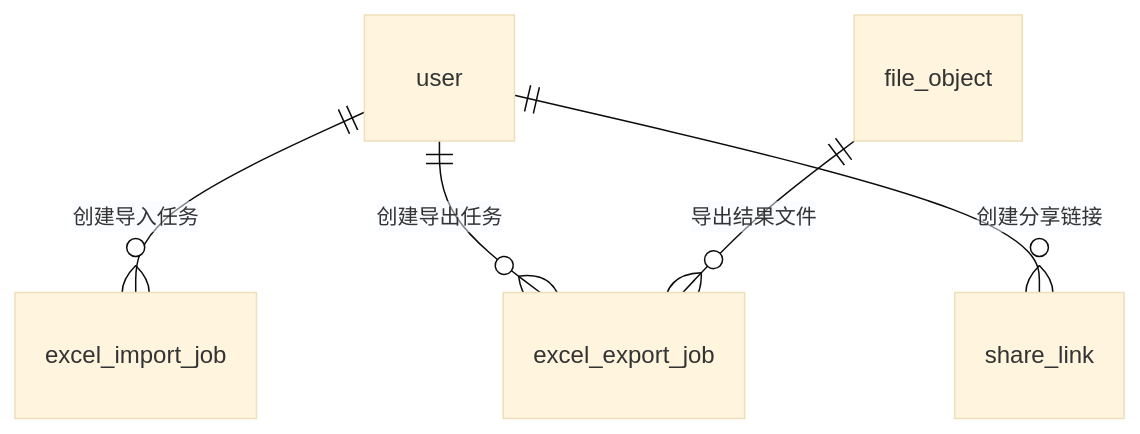
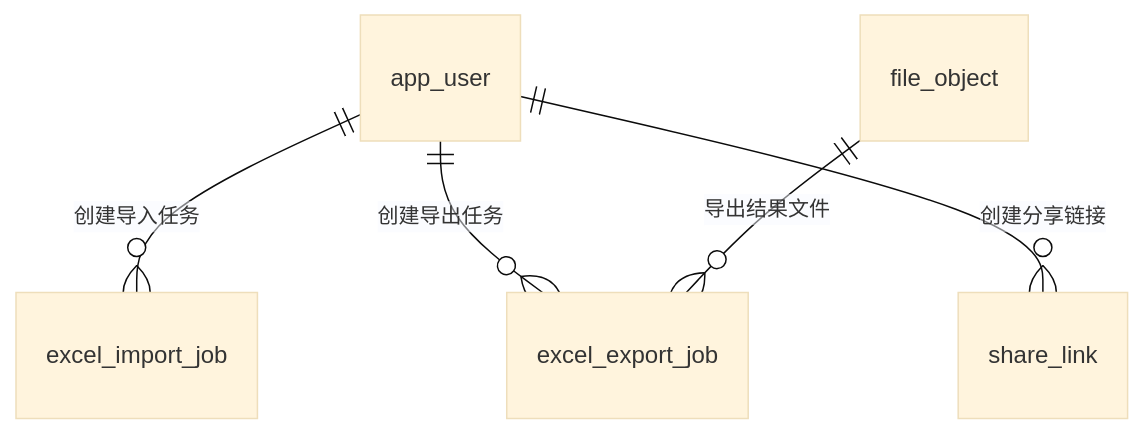
Before and after one commit to Sakana-1314/Electrical-Manager: the tenth of 21 diagrams in docs/websites/pages/dev-data-model.md, drawn with Mermaid (base theme). The commit also changed other lines of this file and 19 other files, not shown here.

````diff
--- a/docs/websites/pages/dev-data-model.md
+++ b/docs/websites/pages/dev-data-model.md
@@ -301,7 +299,7 @@
 ```mermaid
 erDiagram
-    user ||--o{ excel_import_job : "创建导入任务"
-    user ||--o{ excel_export_job : "创建导出任务"
-    user ||--o{ share_link : "创建分享链接"
+    app_user ||--o{ excel_import_job : "创建导入任务"
+    app_user ||--o{ excel_export_job : "创建导出任务"
+    app_user ||--o{ share_link : "创建分享链接"
     file_object ||--o{ excel_export_job : "导出结果文件"
 ```
````
